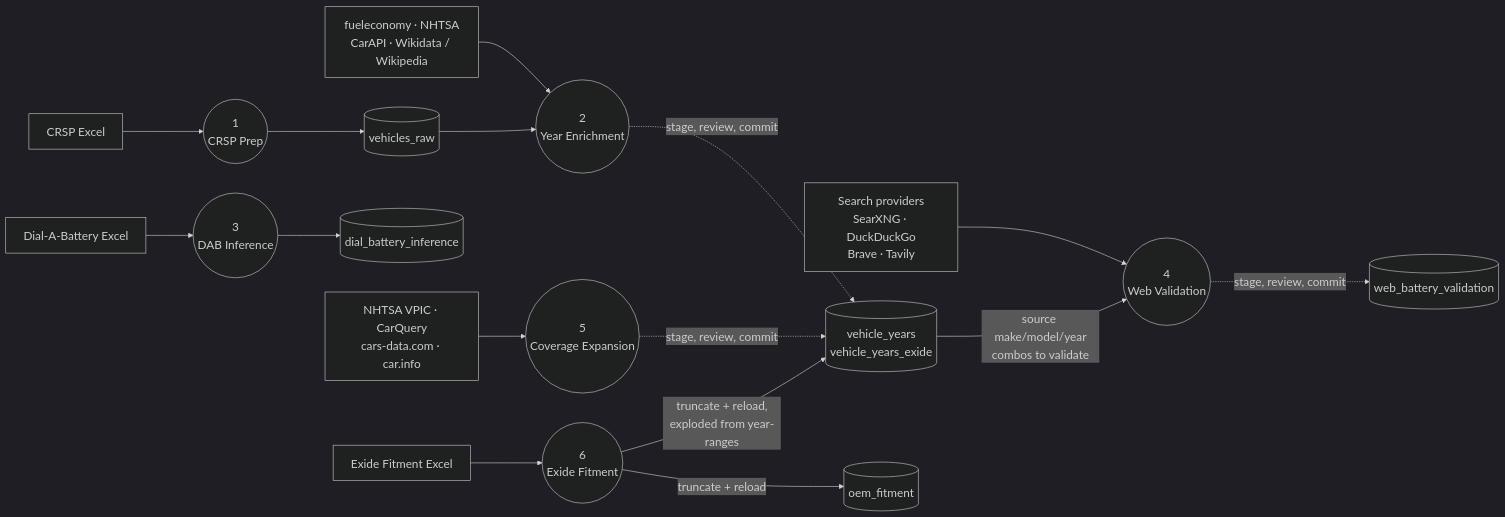
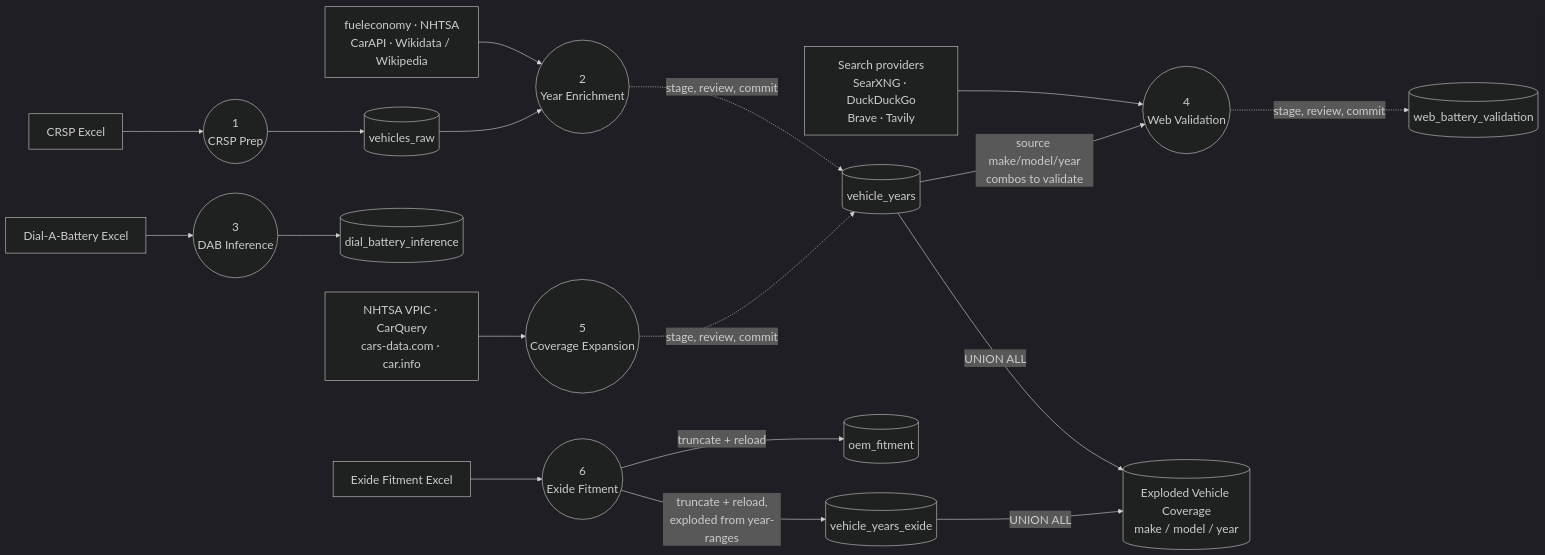
One commit to em-brandon/Chloride-Exide-KE-Battery-Finder-Web-App changed the fourth of 8 diagrams in README.md. Above: the diagram before and after it, drawn with Mermaid. The commit also changed other lines of this file, not shown here.

Commit message:
fix(docs): un-merge vehicle_years/_exide in P3 DFD, correct web-validate source
Merging vehicle_years and vehicle_years_exide into one node in the P3
diagram was wrong: it made it look like Pipeline 4 (Web Validation)
reads from vehicle_years_exide too, when it actually only ever queries
vehicle_years directly (SELECT ... FROM vehicle_years in
web_battery_validate.py) and never touches the exploded Exide rows.

Splits them back into two separate tables — written independently by
different pipelines, exactly as they exist in Postgres — and adds a
third node, "Exploded Vehicle Coverage", representing the UNION ALL
matcher._vehicles() builds by joining them at read time. That join
node has no writer of its own and Pipeline 4's read edge correctly
points at vehicle_years alone, not the join.

Re-rendered with mermaid-cli to confirm the corrected node/edge
structure actually renders.

````diff
--- a/README.md
+++ b/README.md
@@ -190,24 +190,27 @@
 ```mermaid
 %%{init: {'theme': 'dark', 'themeVariables': {'fontSize': '20px'}, 'flowchart': {'nodeSpacing': 50, 'rankSpacing': 80, 'curve': 'basis'}}}%%
 flowchart LR
     EXT1["CRSP Excel"] --> P3a(("1<br/>CRSP Prep"))
     P3a --> VR[("vehicles_raw")]
 
     EXT2["fueleconomy · NHTSA<br/>CarAPI · Wikidata / Wikipedia"] --> P3b(("2<br/>Year Enrichment"))
     VR --> P3b
-    P3b -. "stage, review, commit" .-> DS1
+    P3b -. "stage, review, commit" .-> DS1[("vehicle_years")]
 
     EXT3["Dial-A-Battery Excel"] --> P3c(("3<br/>DAB Inference"))
     P3c --> DS5[("dial_battery_inference")]
 
     EXT4["Search providers<br/>SearXNG · DuckDuckGo<br/>Brave · Tavily"] --> P3d(("4<br/>Web Validation"))
     DS1 -- "source make/model/year<br/>combos to validate" --> P3d
     P3d -. "stage, review, commit" .-> DS6[("web_battery_validation")]
 
     EXT5["NHTSA VPIC · CarQuery<br/>cars-data.com · car.info"] --> P3e(("5<br/>Coverage Expansion"))
     P3e -. "stage, review, commit" .-> DS1
 
     EXT6["Exide Fitment Excel"] --> P3f(("6<br/>Exide Fitment"))
     P3f -- "truncate + reload" --> DS4[("oem_fitment")]
-    P3f -- "truncate + reload,<br/>exploded from year-ranges" --> DS1[("vehicle_years<br/>vehicle_years_exide")]
+    P3f -- "truncate + reload,<br/>exploded from year-ranges" --> DS1B[("vehicle_years_exide")]
+
+    DS1 -- "UNION ALL" --> JOIN[("Exploded Vehicle Coverage<br/>make / model / year")]
+    DS1B -- "UNION ALL" --> JOIN
 ```
````
